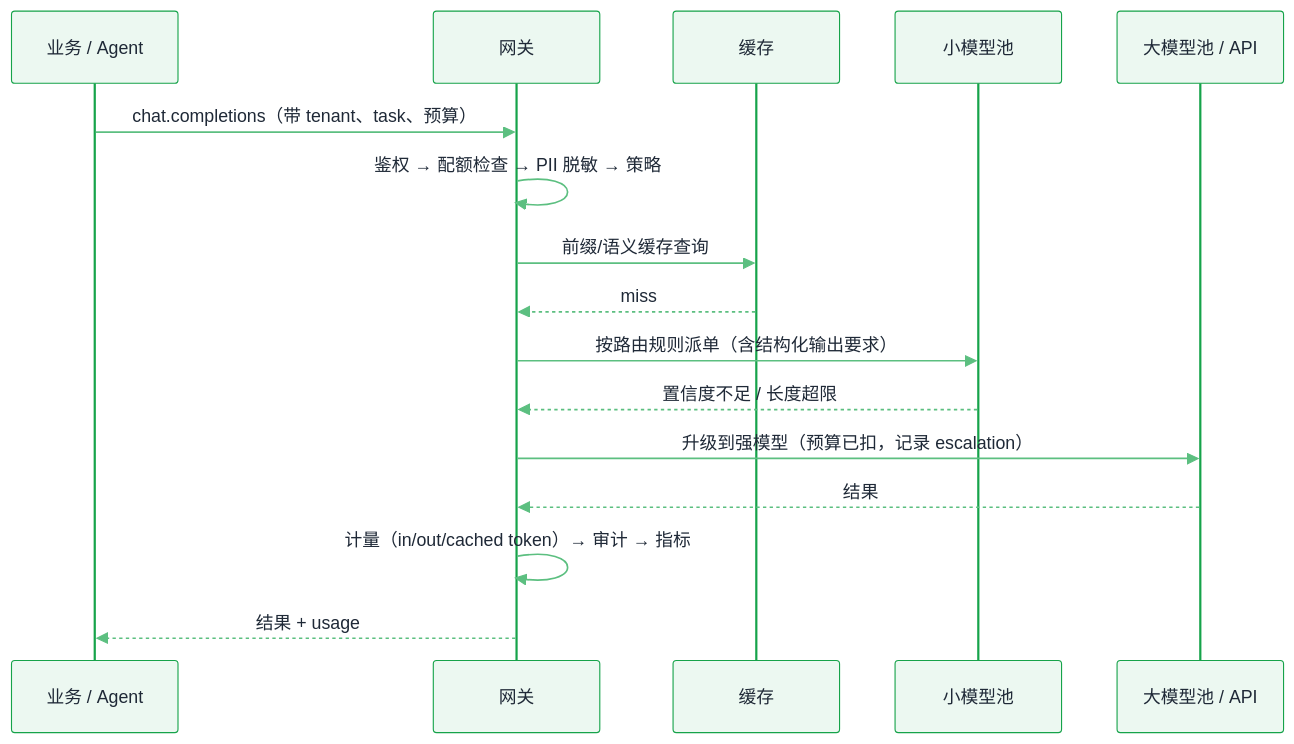
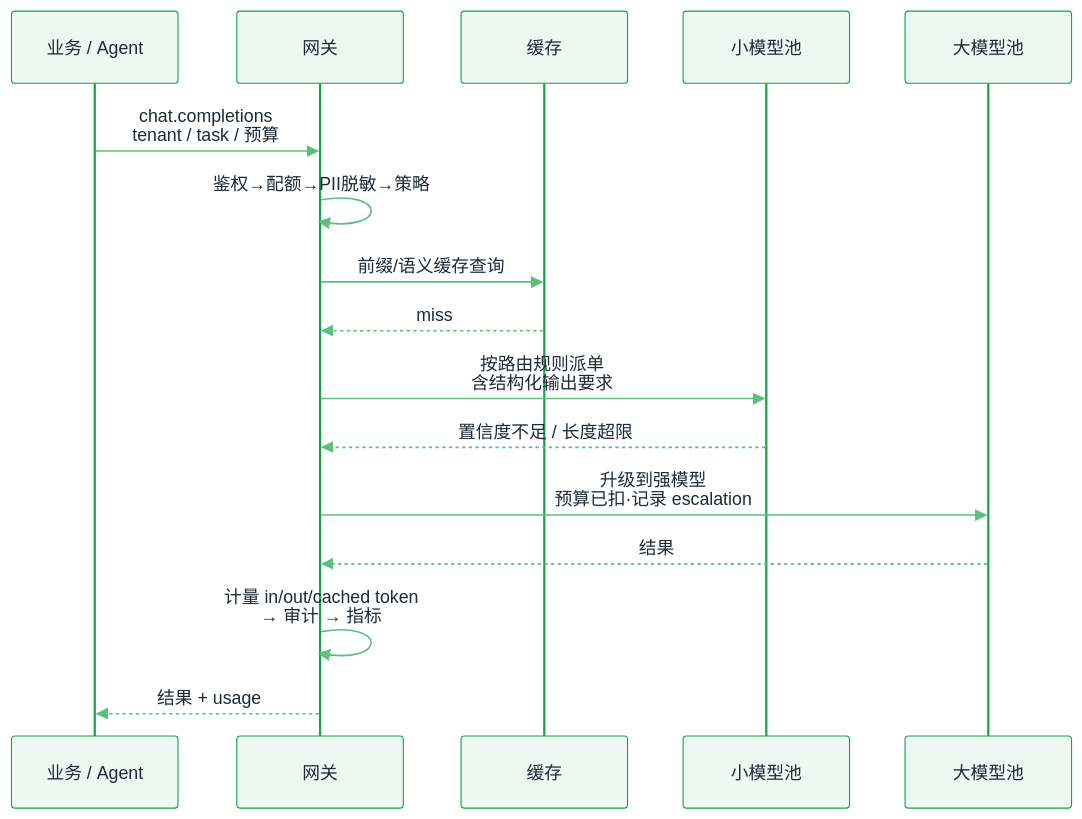
One commit to funny8kids/ai-agent-handbook changed the diagram in docs/16-ai-infrastructure/model-gateway.md. Above: the diagram before and after it, drawn with Mermaid. The commit also changed other lines of this file and 45 other files, not shown here.

First line of the commit message:
Thicken 12 thin pages, clear 25 over-width diagrams, re-proportion 10 thin-ribbon diagrams

````diff
--- a/docs/16-ai-infrastructure/model-gateway.md
+++ b/docs/16-ai-infrastructure/model-gateway.md
@@ -25,19 +25,19 @@
 ```mermaid
 %%{init: {"theme":"base","themeVariables":{"primaryColor":"#E8F6ED","primaryBorderColor":"#16A34A","primaryTextColor":"#1F2937","secondaryColor":"#CCEBD7","tertiaryColor":"#F6FBF8","lineColor":"#7FCC9B","actorBkg":"#ECF8F1","actorBorder":"#16A34A","actorTextColor":"#1F2937","signalColor":"#5CBF80","noteBkgColor":"#D5EEDE","noteBorderColor":"#16A34A","noteTextColor":"#1F2937","labelBoxBkgColor":"#E8F6ED","labelBoxBorderColor":"#16A34A"}}}%%
 sequenceDiagram
   participant App as 业务 / Agent
   participant GW as 网关
   participant C as 缓存
   participant M1 as 小模型池
-  participant M2 as 大模型池 / API
-  App->>GW: chat.completions（带 tenant、task、预算）
-  GW->>GW: 鉴权 → 配额检查 → PII 脱敏 → 策略
+  participant M2 as 大模型池
+  App->>GW: chat.completions<br/>tenant / task / 预算
+  GW->>GW: 鉴权→配额→PII脱敏→策略
   GW->>C: 前缀/语义缓存查询
   C-->>GW: miss
-  GW->>M1: 按路由规则派单（含结构化输出要求）
+  GW->>M1: 按路由规则派单<br/>含结构化输出要求
   M1-->>GW: 置信度不足 / 长度超限
-  GW->>M2: 升级到强模型（预算已扣，记录 escalation）
+  GW->>M2: 升级到强模型<br/>预算已扣·记录 escalation
   M2-->>GW: 结果
-  GW->>GW: 计量（in/out/cached token）→ 审计 → 指标
+  GW->>GW: 计量 in/out/cached token<br/>→ 审计 → 指标
   GW-->>App: 结果 + usage
 ```
````
